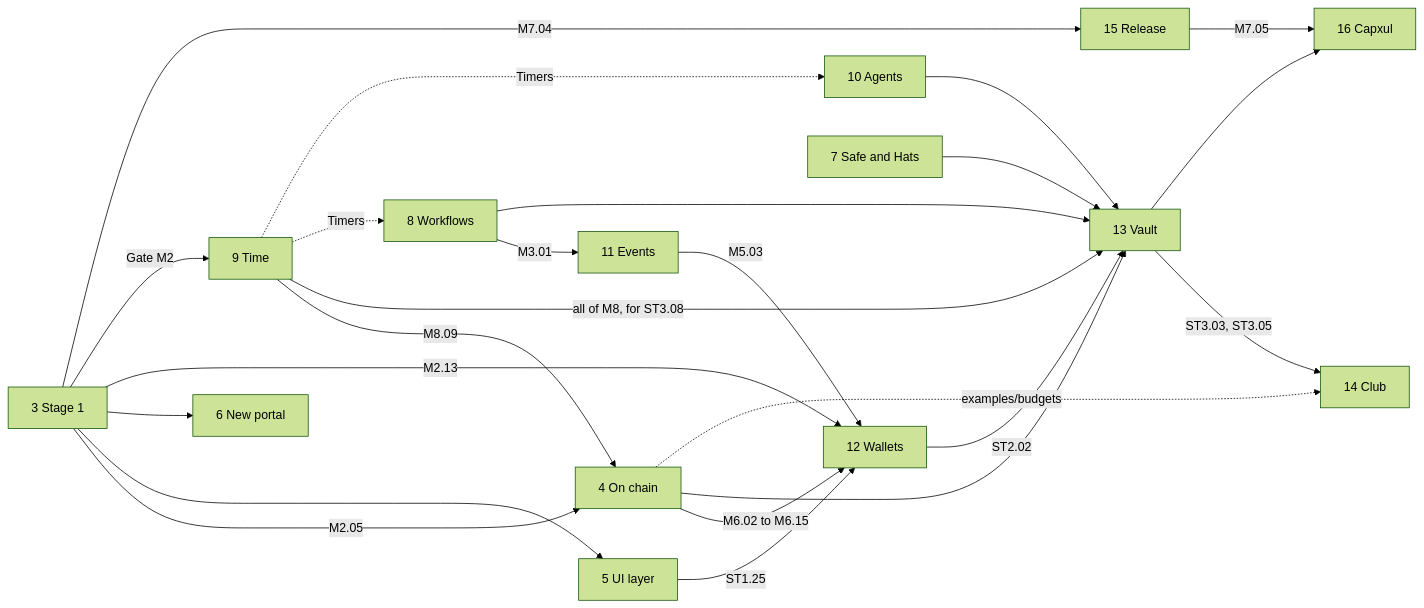
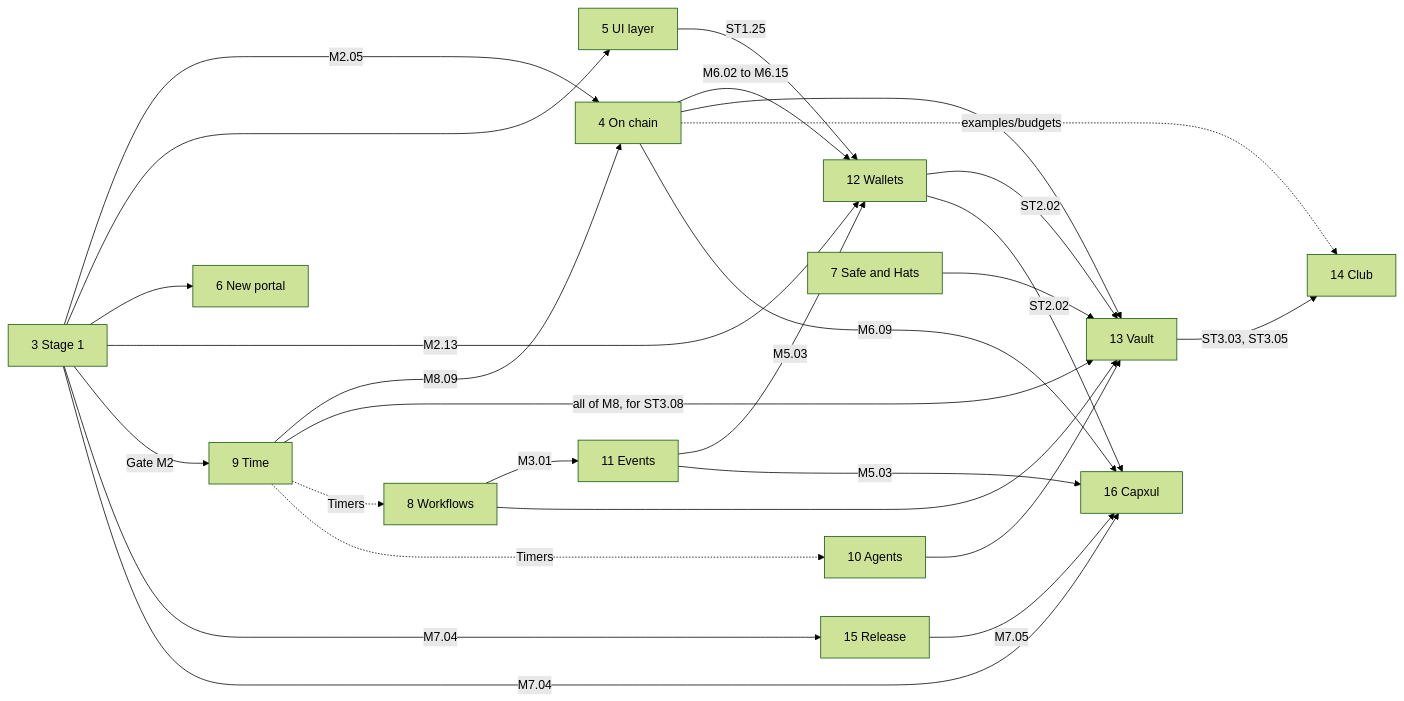
Before and after one commit to Open-Harness/architect: the diagram in design/goals/map.md, drawn with Mermaid (forest theme). The commit also changed other lines of this file and 4 other files, not shown here.

````diff
--- a/design/goals/map.md
+++ b/design/goals/map.md
@@ -73,26 +74,29 @@
 ```mermaid
 flowchart LR
   G3[3 Stage 1] -->|M2.05| G4[4 On chain]
   G3 --> G5[5 UI layer]
   G3 --> G6[6 New portal]
   G3 -->|M2.13| G12[12 Wallets]
   G5 -->|ST1.25| G12
   G3 -->|Gate M2| G9[9 Time]
   G3 -->|M7.04| G15[15 Release]
   G4 -->|M6.02 to M6.15| G12
   G4 --> G13[13 Vault]
   G4 -.examples/budgets.-> G14[14 Club]
   G13 -->|ST3.03, ST3.05| G14
   G9 -->|M8.09| G4
   G9 -->|all of M8, for ST3.08| G13
   G9 -.Timers.-> G8[8 Workflows]
   G9 -.Timers.-> G10[10 Agents]
   G8 -->|M3.01| G11[11 Events]
   G11 -->|M5.03| G12
   G7[7 Safe and Hats] --> G13
   G8 --> G13
   G10 --> G13
   G12 -->|ST2.02| G13
   G15 -->|M7.05| G16[16 Capxul]
-  G13 --> G16
+  G12 -->|ST2.02| G16
+  G4 -->|M6.09| G16
+  G11 -->|M5.03| G16
+  G3 -->|M7.04| G16
 ```
````
